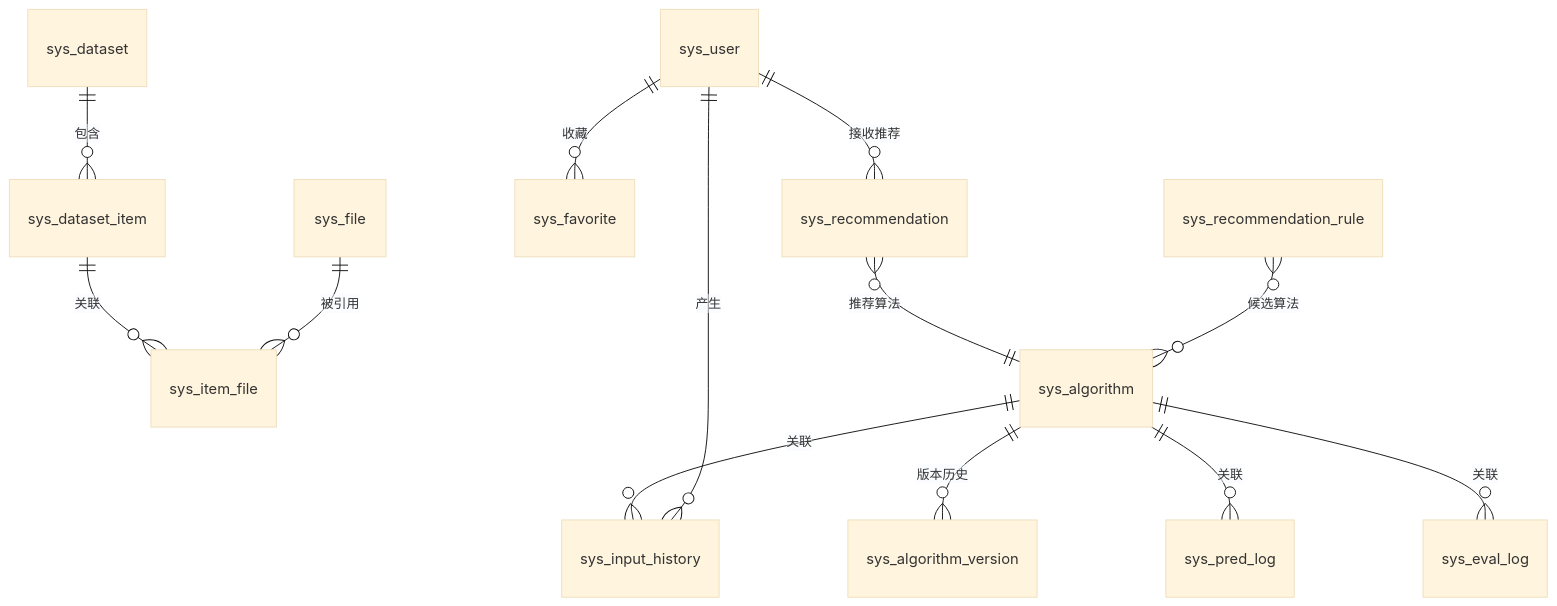
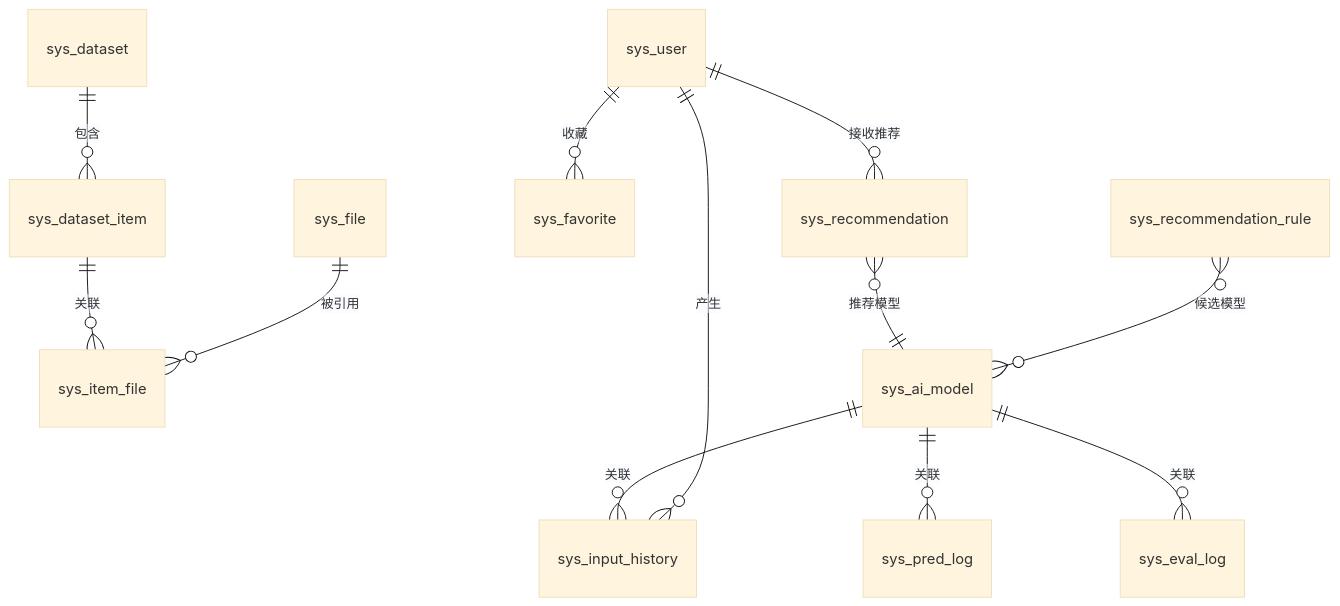
Before and after one commit to earthy-zinc/dehaze-system: the third of 7 diagrams in dehaze-doc/docs/02-系统架构/03-数据库设计.md, drawn with Mermaid (base theme). The commit also changed other lines of this file and 239 other files, not shown here.

````diff
--- a/dehaze-doc/docs/02-系统架构/03-数据库设计.md
+++ b/dehaze-doc/docs/02-系统架构/03-数据库设计.md
@@ -78,15 +78,14 @@
 ```mermaid
 erDiagram
     sys_dataset ||--o{ sys_dataset_item : "包含"
     sys_dataset_item ||--o{ sys_item_file : "关联"
     sys_file ||--o{ sys_item_file : "被引用"
-    sys_algorithm ||--o{ sys_algorithm_version : "版本历史"
-    sys_algorithm ||--o{ sys_pred_log : "关联"
-    sys_algorithm ||--o{ sys_eval_log : "关联"
-    sys_algorithm ||--o{ sys_input_history : "关联"
+    sys_ai_model ||--o{ sys_pred_log : "关联"
+    sys_ai_model ||--o{ sys_eval_log : "关联"
+    sys_ai_model ||--o{ sys_input_history : "关联"
     sys_user ||--o{ sys_input_history : "产生"
     sys_user ||--o{ sys_favorite : "收藏"
     sys_user ||--o{ sys_recommendation : "接收推荐"
-    sys_recommendation }o--|| sys_algorithm : "推荐算法"
-    sys_recommendation_rule }o--o{ sys_algorithm : "候选算法"
+    sys_recommendation }o--|| sys_ai_model : "推荐模型"
+    sys_recommendation_rule }o--o{ sys_ai_model : "候选模型"
 ```
````
